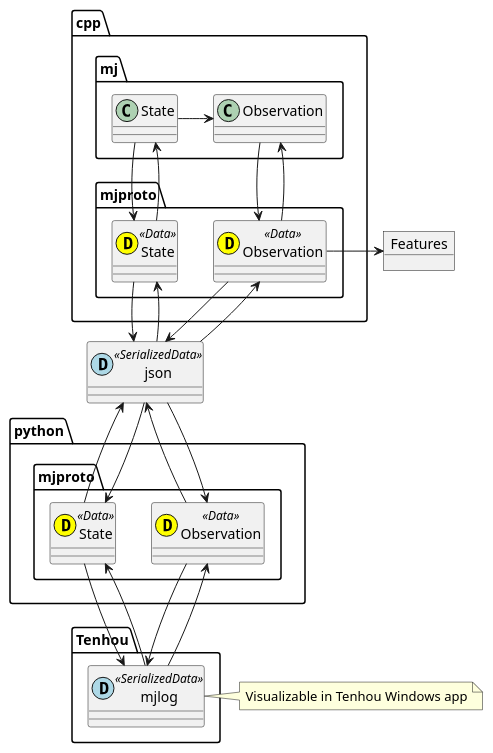
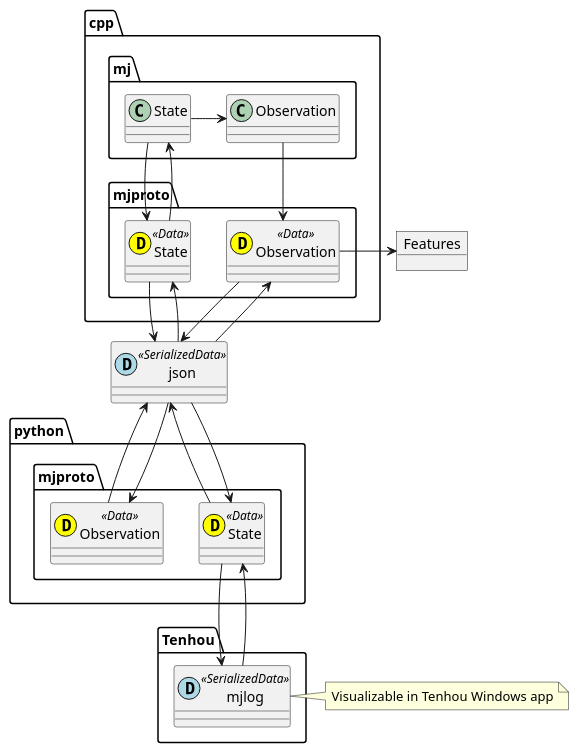
One commit to mjx-project/mjx changed the diagram in serialization.pu. Above: the diagram before and after it, drawn with PlantUML. The commit also changed 1 other file, not shown here.

Commit message:
refactor: update mjproto design

```diff
--- a/serialization.pu
+++ b/serialization.pu
@@ -1,57 +1,54 @@
 set namespaceSeparator ::
 
 
 class cpp::mjproto::State <<(D,yellow) Data>> {
 
 }
 
 class cpp::mjproto::Observation <<(D,yellow) Data>> {
 
 }
 
 class python::mjproto::State <<(D,yellow) Data>> {
 
 }
 
 class python::mjproto::Observation <<(D,yellow) Data>> {
 
 }
 
 class json <<(D,lightblue) SerializedData>> {
 
 }
 
 class Tenhou::mjlog <<(D,lightblue) SerializedData>> {
 
 }
 note right
 Visualizable in Tenhou Windows app
 end note
 
 object Features
 
 cpp::mj::State -down-> cpp::mjproto::State
 cpp::mj::State -> cpp::mj::Observation
 
 cpp::mj::Observation -down-> cpp::mjproto::Observation
 
 cpp::mjproto::State -up-> cpp::mj::State
 cpp::mjproto::State -down-> json
 
-cpp::mjproto::Observation -up-> cpp::mj::Observation
 cpp::mjproto::Observation -down-> json
 cpp::mjproto::Observation -> Features
 
 python::mjproto::State -down-> Tenhou::mjlog
 python::mjproto::State -up-> json
 
-python::mjproto::Observation -down-> Tenhou::mjlog
 python::mjproto::Observation -up-> json
 
 Tenhou::mjlog -up-> python::mjproto::State
-Tenhou::mjlog -up-> python::mjproto::Observation
 
 json -down-> python::mjproto::State
 json -down-> python::mjproto::Observation
 json -up-> cpp::mjproto::State
 json -up-> cpp::mjproto::Observation
```
